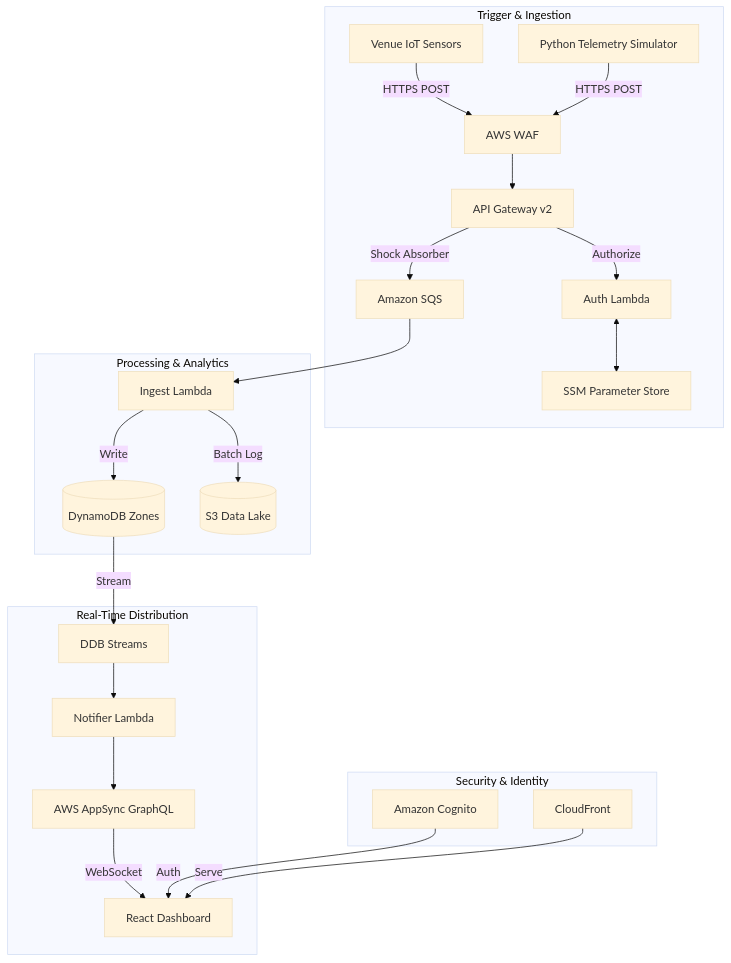
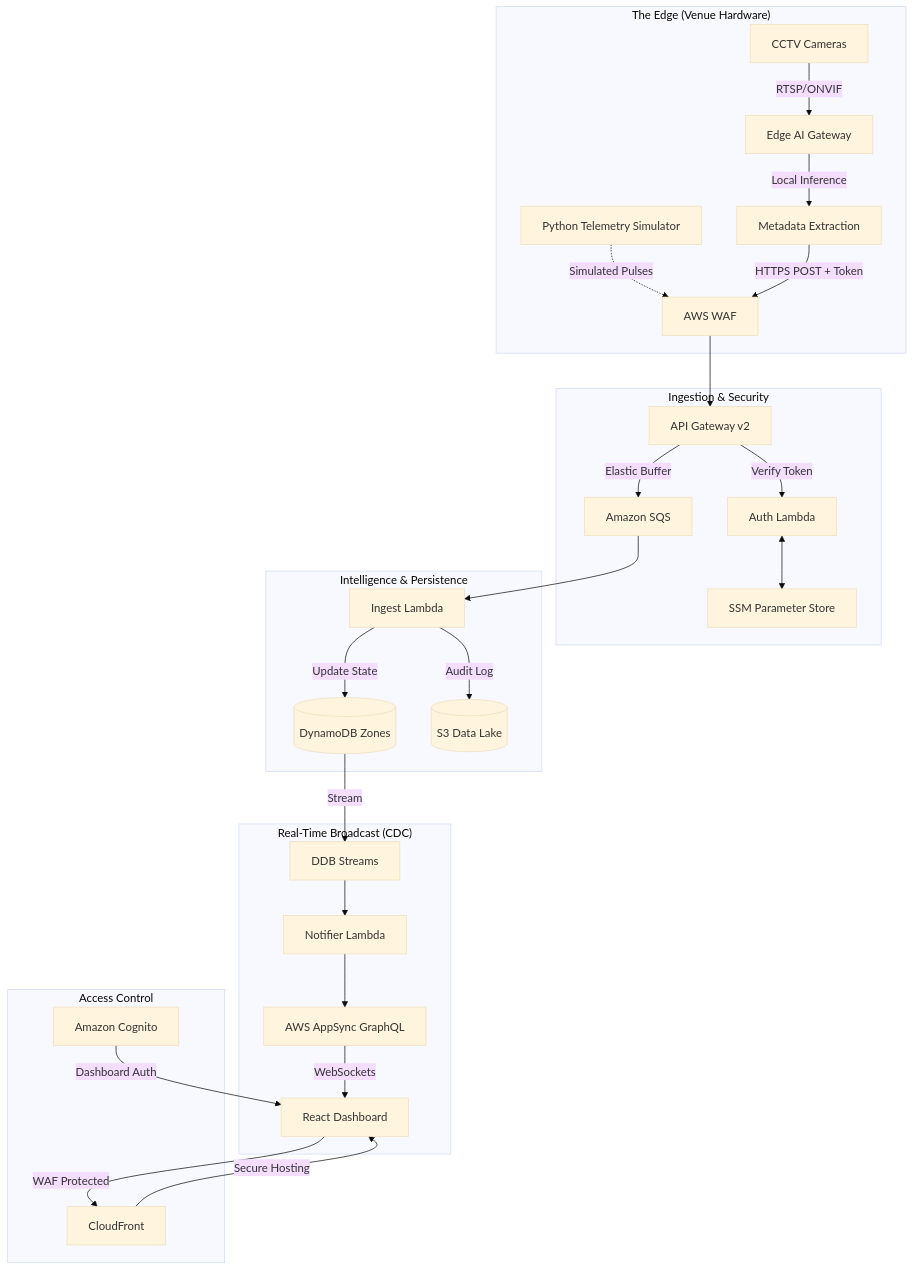
The diagram in README.md (sakaroncloud/Crowd-Management), drawn with Mermaid (base theme) before and after one commit. The commit also changed other lines of this file and 1 other file, not shown here.

Commit message:
docs: update architecture with Edge AI and enhanced security flow

````diff
--- a/README.md
+++ b/README.md
@@ -16,29 +16,35 @@
 ```mermaid
 graph TD
-    subgraph "Trigger & Ingestion"
-        Sensor[Venue IoT Sensors] -->|HTTPS POST| WAF[AWS WAF]
-        Simulator[Python Telemetry Simulator] -->|HTTPS POST| WAF
-        WAF --> APIGW[API Gateway v2]
-        APIGW -->|Authorize| AuthL[Auth Lambda]
-        AuthL <--> SSM[SSM Parameter Store]
-        APIGW -->|Shock Absorber| SQS[Amazon SQS]
+    subgraph "The Edge (Venue Hardware)"
+        Cameras[CCTV Cameras] -->|RTSP/ONVIF| EdgeAI[Edge AI Gateway]
+        EdgeAI -->|Local Inference| Meta[Metadata Extraction]
+        Simulator[Python Telemetry Simulator] -.->|Simulated Pulses| WAF
     end
 
-    subgraph "Processing & Analytics"
-        SQS --> IngestL[Ingest Lambda]
-        IngestL -->|Write| DDB[(DynamoDB Zones)]
-        IngestL -->|Batch Log| S3[(S3 Data Lake)]
+    subgraph "Ingestion & Security"
+        Meta -->|HTTPS POST + Token| WAF[AWS WAF]
+        WAF --> APIGW[API Gateway v2]
+        APIGW -->|Verify Token| AuthL[Auth Lambda]
+        AuthL <--> SSM[SSM Parameter Store]
+        APIGW -->|Elastic Buffer| SQS[Amazon SQS]
     end
 
-    subgraph "Real-Time Distribution"
+    subgraph "Intelligence & Persistence"
+        SQS --> IngestL[Ingest Lambda]
+        IngestL -->|Update State| DDB[(DynamoDB Zones)]
+        IngestL -->|Audit Log| S3[(S3 Data Lake)]
+    end
+
+    subgraph "Real-Time Broadcast (CDC)"
         DDB -->|Stream| Stream[DDB Streams]
         Stream --> NotifierL[Notifier Lambda]
         NotifierL --> AppSync[AWS AppSync GraphQL]
-        AppSync -->|WebSocket| UI[React Dashboard]
+        AppSync -->|WebSockets| UI[React Dashboard]
     end
 
-    subgraph "Security & Identity"
-        Cognito[Amazon Cognito] -->|Auth| UI
-        CloudFront[CloudFront] -->|Serve| UI
+    subgraph "Access Control"
+        Cognito[Amazon Cognito] -->|Dashboard Auth| UI
+        CloudFront[CloudFront] -->|Secure Hosting| UI
+        UI -->|WAF Protected| CloudFront
     end
 ```
````
